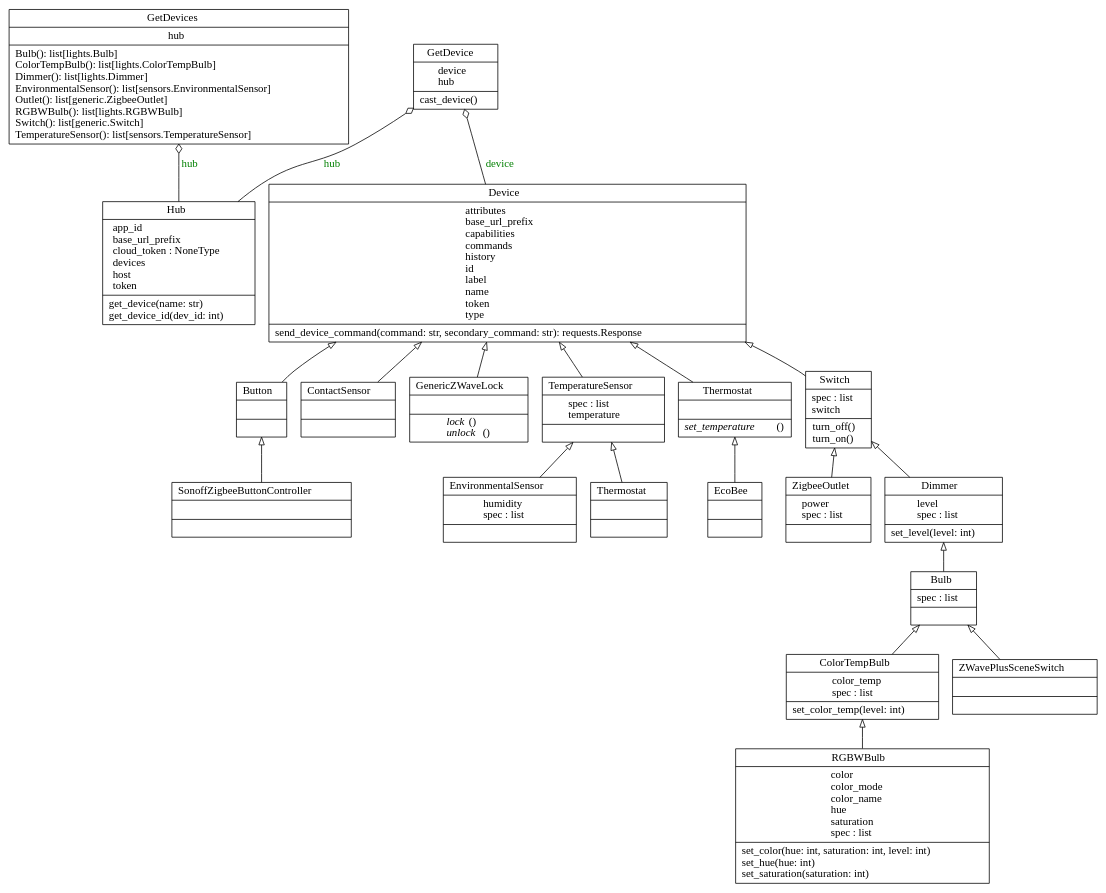
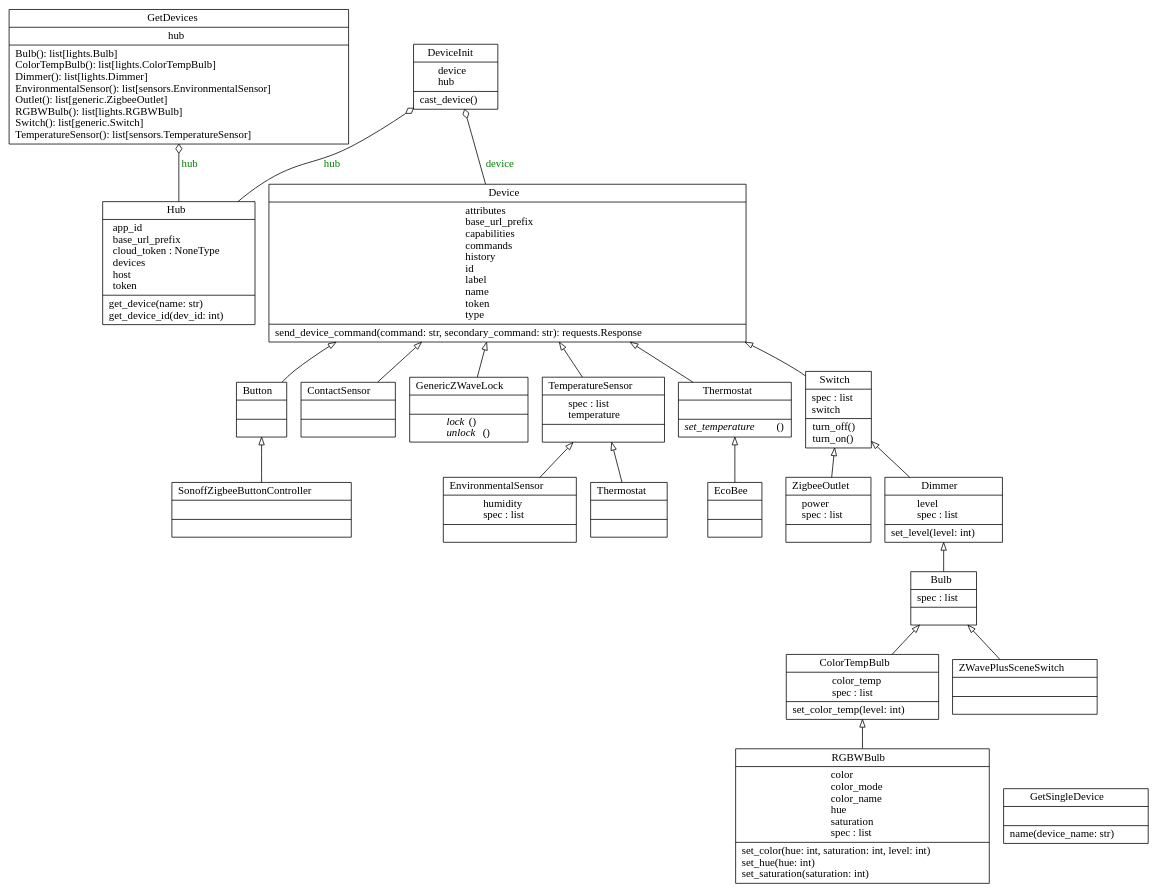
One commit to Jelloeater/hubitatcontrol changed the diagram in docs/classes.dot. Above: the diagram before and after it, drawn with Graphviz. The commit also changed 7 other files, not shown here.

```diff
--- a/docs/classes.dot
+++ b/docs/classes.dot
@@ -1,43 +1,44 @@
 digraph "classes" {
 rankdir=BT
 charset="utf-8"
 "hubitatcontrol.lights.Bulb" [color="black", fontcolor="black", label=<{Bulb|spec : list<br ALIGN="LEFT"/>|}>, shape="record", style="solid"];
 "hubitatcontrol.generic.Button" [color="black", fontcolor="black", label=<{Button|<br ALIGN="LEFT"/>|}>, shape="record", style="solid"];
 "hubitatcontrol.lights.ColorTempBulb" [color="black", fontcolor="black", label=<{ColorTempBulb|color_temp<br ALIGN="LEFT"/>spec : list<br ALIGN="LEFT"/>|set_color_temp(level: int)<br ALIGN="LEFT"/>}>, shape="record", style="solid"];
 "hubitatcontrol.sensors.ContactSensor" [color="black", fontcolor="black", label=<{ContactSensor|<br ALIGN="LEFT"/>|}>, shape="record", style="solid"];
 "hubitatcontrol.hub.Device" [color="black", fontcolor="black", label=<{Device|attributes<br ALIGN="LEFT"/>base_url_prefix<br ALIGN="LEFT"/>capabilities<br ALIGN="LEFT"/>commands<br ALIGN="LEFT"/>history<br ALIGN="LEFT"/>id<br ALIGN="LEFT"/>label<br ALIGN="LEFT"/>name<br ALIGN="LEFT"/>token<br ALIGN="LEFT"/>type<br ALIGN="LEFT"/>|send_device_command(command: str, secondary_command: str): requests.Response<br ALIGN="LEFT"/>}>, shape="record", style="solid"];
+"hubitatcontrol.DeviceInit" [color="black", fontcolor="black", label=<{DeviceInit|device<br ALIGN="LEFT"/>hub<br ALIGN="LEFT"/>|cast_device()<br ALIGN="LEFT"/>}>, shape="record", style="solid"];
 "hubitatcontrol.lights.Dimmer" [color="black", fontcolor="black", label=<{Dimmer|level<br ALIGN="LEFT"/>spec : list<br ALIGN="LEFT"/>|set_level(level: int)<br ALIGN="LEFT"/>}>, shape="record", style="solid"];
 "hubitatcontrol.generic.EcoBee" [color="black", fontcolor="black", label=<{EcoBee|<br ALIGN="LEFT"/>|}>, shape="record", style="solid"];
 "hubitatcontrol.sensors.EnvironmentalSensor" [color="black", fontcolor="black", label=<{EnvironmentalSensor|humidity<br ALIGN="LEFT"/>spec : list<br ALIGN="LEFT"/>|}>, shape="record", style="solid"];
 "hubitatcontrol.generic.GenericZWaveLock" [color="black", fontcolor="black", label=<{GenericZWaveLock|<br ALIGN="LEFT"/>|<I>lock</I>()<br ALIGN="LEFT"/><I>unlock</I>()<br ALIGN="LEFT"/>}>, shape="record", style="solid"];
-"hubitatcontrol.GetDevice" [color="black", fontcolor="black", label=<{GetDevice|device<br ALIGN="LEFT"/>hub<br ALIGN="LEFT"/>|cast_device()<br ALIGN="LEFT"/>}>, shape="record", style="solid"];
 "hubitatcontrol.GetDevices" [color="black", fontcolor="black", label=<{GetDevices|hub<br ALIGN="LEFT"/>|Bulb(): list[lights.Bulb]<br ALIGN="LEFT"/>ColorTempBulb(): list[lights.ColorTempBulb]<br ALIGN="LEFT"/>Dimmer(): list[lights.Dimmer]<br ALIGN="LEFT"/>EnvironmentalSensor(): list[sensors.EnvironmentalSensor]<br ALIGN="LEFT"/>Outlet(): list[generic.ZigbeeOutlet]<br ALIGN="LEFT"/>RGBWBulb(): list[lights.RGBWBulb]<br ALIGN="LEFT"/>Switch(): list[generic.Switch]<br ALIGN="LEFT"/>TemperatureSensor(): list[sensors.TemperatureSensor]<br ALIGN="LEFT"/>}>, shape="record", style="solid"];
+"hubitatcontrol.GetSingleDevice" [color="black", fontcolor="black", label=<{GetSingleDevice|<br ALIGN="LEFT"/>|name(device_name: str)<br ALIGN="LEFT"/>}>, shape="record", style="solid"];
 "hubitatcontrol.hub.Hub" [color="black", fontcolor="black", label=<{Hub|app_id<br ALIGN="LEFT"/>base_url_prefix<br ALIGN="LEFT"/>cloud_token : NoneType<br ALIGN="LEFT"/>devices<br ALIGN="LEFT"/>host<br ALIGN="LEFT"/>token<br ALIGN="LEFT"/>|get_device(name: str)<br ALIGN="LEFT"/>get_device_id(dev_id: int)<br ALIGN="LEFT"/>}>, shape="record", style="solid"];
 "hubitatcontrol.lights.RGBWBulb" [color="black", fontcolor="black", label=<{RGBWBulb|color<br ALIGN="LEFT"/>color_mode<br ALIGN="LEFT"/>color_name<br ALIGN="LEFT"/>hue<br ALIGN="LEFT"/>saturation<br ALIGN="LEFT"/>spec : list<br ALIGN="LEFT"/>|set_color(hue: int, saturation: int, level: int)<br ALIGN="LEFT"/>set_hue(hue: int)<br ALIGN="LEFT"/>set_saturation(saturation: int)<br ALIGN="LEFT"/>}>, shape="record", style="solid"];
 "hubitatcontrol.generic.SonoffZigbeeButtonController" [color="black", fontcolor="black", label=<{SonoffZigbeeButtonController|<br ALIGN="LEFT"/>|}>, shape="record", style="solid"];
 "hubitatcontrol.generic.Switch" [color="black", fontcolor="black", label=<{Switch|spec : list<br ALIGN="LEFT"/>switch<br ALIGN="LEFT"/>|turn_off()<br ALIGN="LEFT"/>turn_on()<br ALIGN="LEFT"/>}>, shape="record", style="solid"];
 "hubitatcontrol.sensors.TemperatureSensor" [color="black", fontcolor="black", label=<{TemperatureSensor|spec : list<br ALIGN="LEFT"/>temperature<br ALIGN="LEFT"/>|}>, shape="record", style="solid"];
 "hubitatcontrol.generic.Thermostat" [color="black", fontcolor="black", label=<{Thermostat|<br ALIGN="LEFT"/>|<I>set_temperature</I>()<br ALIGN="LEFT"/>}>, shape="record", style="solid"];
 "hubitatcontrol.environment.Thermostat" [color="black", fontcolor="black", label=<{Thermostat|<br ALIGN="LEFT"/>|}>, shape="record", style="solid"];
 "hubitatcontrol.lights.ZWavePlusSceneSwitch" [color="black", fontcolor="black", label=<{ZWavePlusSceneSwitch|<br ALIGN="LEFT"/>|}>, shape="record", style="solid"];
 "hubitatcontrol.generic.ZigbeeOutlet" [color="black", fontcolor="black", label=<{ZigbeeOutlet|power<br ALIGN="LEFT"/>spec : list<br ALIGN="LEFT"/>|}>, shape="record", style="solid"];
 "hubitatcontrol.environment.Thermostat" -> "hubitatcontrol.sensors.TemperatureSensor" [arrowhead="empty", arrowtail="none"];
 "hubitatcontrol.generic.Button" -> "hubitatcontrol.hub.Device" [arrowhead="empty", arrowtail="none"];
 "hubitatcontrol.generic.EcoBee" -> "hubitatcontrol.generic.Thermostat" [arrowhead="empty", arrowtail="none"];
 "hubitatcontrol.generic.GenericZWaveLock" -> "hubitatcontrol.hub.Device" [arrowhead="empty", arrowtail="none"];
 "hubitatcontrol.generic.SonoffZigbeeButtonController" -> "hubitatcontrol.generic.Button" [arrowhead="empty", arrowtail="none"];
 "hubitatcontrol.generic.Switch" -> "hubitatcontrol.hub.Device" [arrowhead="empty", arrowtail="none"];
 "hubitatcontrol.generic.Thermostat" -> "hubitatcontrol.hub.Device" [arrowhead="empty", arrowtail="none"];
 "hubitatcontrol.generic.ZigbeeOutlet" -> "hubitatcontrol.generic.Switch" [arrowhead="empty", arrowtail="none"];
 "hubitatcontrol.lights.Bulb" -> "hubitatcontrol.lights.Dimmer" [arrowhead="empty", arrowtail="none"];
 "hubitatcontrol.lights.ColorTempBulb" -> "hubitatcontrol.lights.Bulb" [arrowhead="empty", arrowtail="none"];
 "hubitatcontrol.lights.Dimmer" -> "hubitatcontrol.generic.Switch" [arrowhead="empty", arrowtail="none"];
 "hubitatcontrol.lights.RGBWBulb" -> "hubitatcontrol.lights.ColorTempBulb" [arrowhead="empty", arrowtail="none"];
 "hubitatcontrol.lights.ZWavePlusSceneSwitch" -> "hubitatcontrol.lights.Bulb" [arrowhead="empty", arrowtail="none"];
 "hubitatcontrol.sensors.ContactSensor" -> "hubitatcontrol.hub.Device" [arrowhead="empty", arrowtail="none"];
 "hubitatcontrol.sensors.EnvironmentalSensor" -> "hubitatcontrol.sensors.TemperatureSensor" [arrowhead="empty", arrowtail="none"];
 "hubitatcontrol.sensors.TemperatureSensor" -> "hubitatcontrol.hub.Device" [arrowhead="empty", arrowtail="none"];
-"hubitatcontrol.hub.Device" -> "hubitatcontrol.GetDevice" [arrowhead="odiamond", arrowtail="none", fontcolor="green", label="device", style="solid"];
-"hubitatcontrol.hub.Hub" -> "hubitatcontrol.GetDevice" [arrowhead="odiamond", arrowtail="none", fontcolor="green", label="hub", style="solid"];
+"hubitatcontrol.hub.Device" -> "hubitatcontrol.DeviceInit" [arrowhead="odiamond", arrowtail="none", fontcolor="green", label="device", style="solid"];
+"hubitatcontrol.hub.Hub" -> "hubitatcontrol.DeviceInit" [arrowhead="odiamond", arrowtail="none", fontcolor="green", label="hub", style="solid"];
 "hubitatcontrol.hub.Hub" -> "hubitatcontrol.GetDevices" [arrowhead="odiamond", arrowtail="none", fontcolor="green", label="hub", style="solid"];
 }
```
